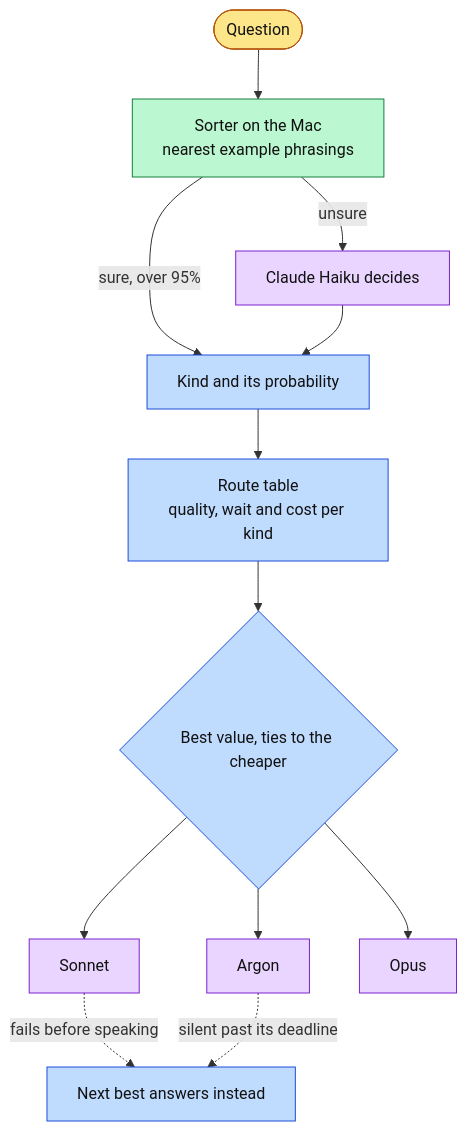
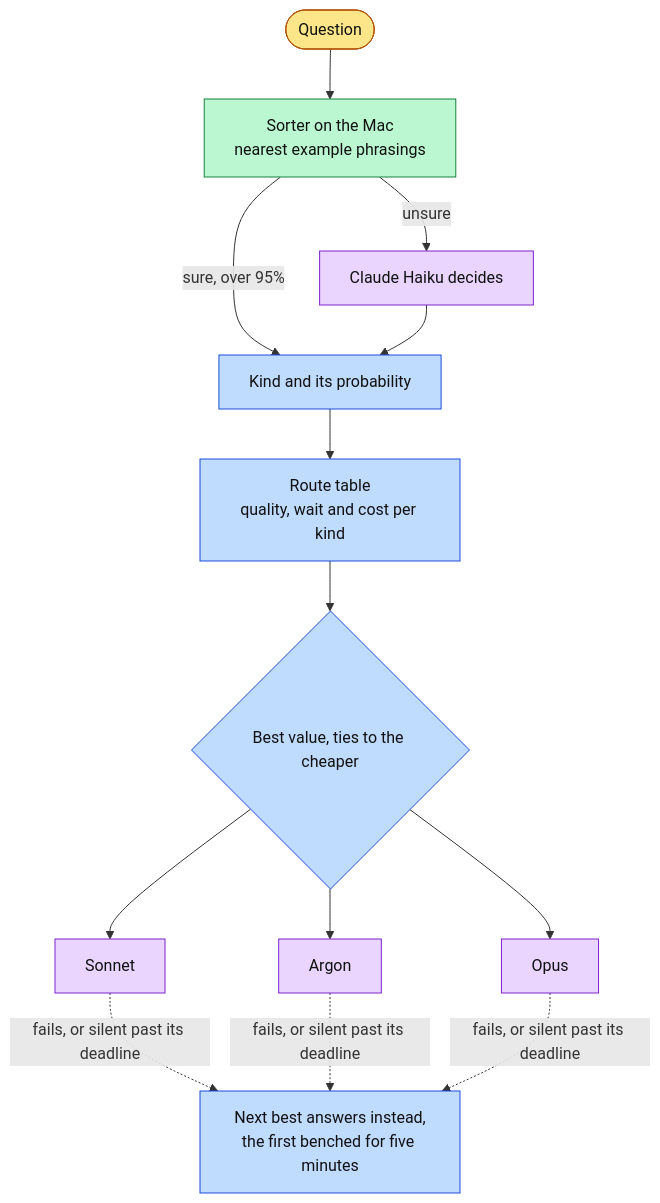
The second of 5 diagrams in docs/how-it-works.md (projects-hacks/buddy), drawn with Mermaid before and after one commit. The commit also changed other lines of this file and 5 other files, not shown here.

````diff
--- a/docs/how-it-works.md
+++ b/docs/how-it-works.md
@@ -45,19 +57,20 @@
 ```mermaid
 flowchart TD
     question([Question]):::input --> local[Sorter on the Mac<br/>nearest example phrasings]:::device
     local -->|sure, over 95%| kind[Kind and its probability]:::logic
     local -->|unsure| haiku[Claude Haiku decides]:::cloud
     haiku --> kind
     kind --> table[Route table<br/>quality, wait and cost per kind]:::logic
     table --> pick{Best value, ties to the cheaper}:::logic
     pick --> sonnet[Sonnet]:::cloud
     pick --> argon[Argon]:::cloud
     pick --> opus[Opus]:::cloud
-    sonnet -. fails before speaking .-> next[Next best answers instead]:::logic
-    argon -. silent past its deadline .-> next
+    sonnet -. fails, or silent past its deadline .-> next[Next best answers instead,<br/>the first benched for five minutes]:::logic
+    argon -. fails, or silent past its deadline .-> next
+    opus -. fails, or silent past its deadline .-> next
 
     classDef input fill:#fde68a,stroke:#b45309,color:#111
     classDef device fill:#bbf7d0,stroke:#15803d,color:#111
     classDef logic fill:#bfdbfe,stroke:#1d4ed8,color:#111
     classDef cloud fill:#e9d5ff,stroke:#7e22ce,color:#111
 ```
````
